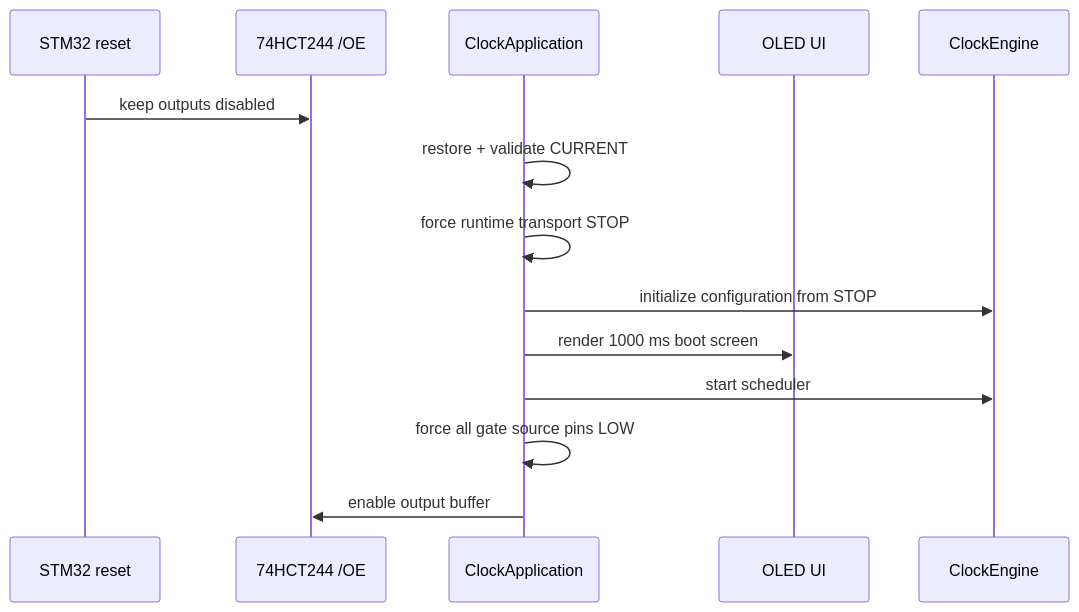
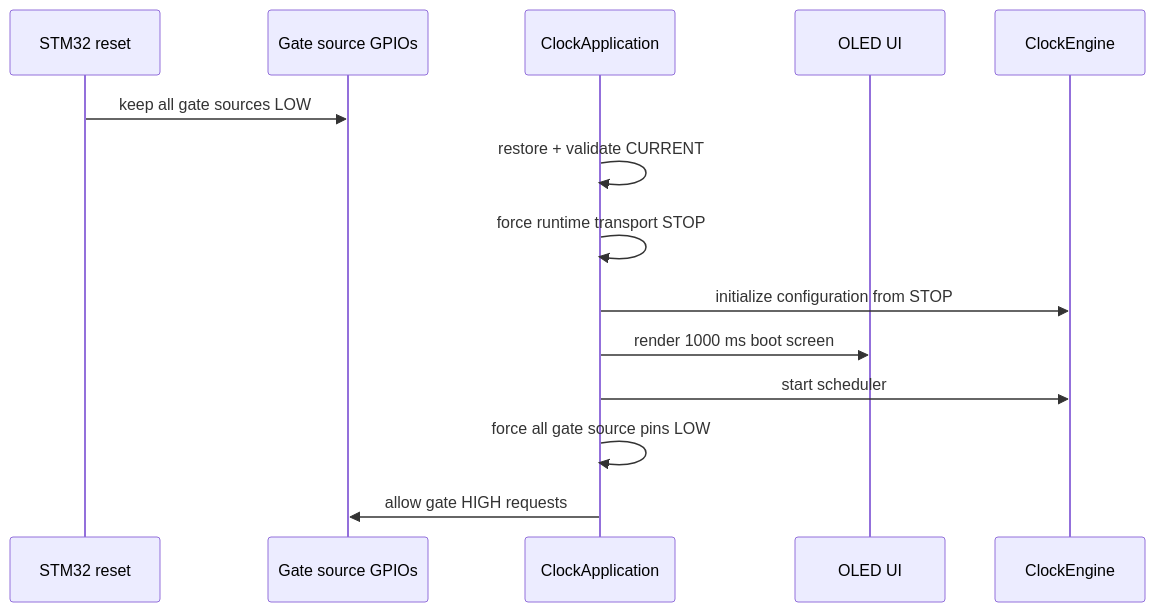
Before and after one commit to napolitano/eurorack-clock-firmware: the third of 7 diagrams in docs/ARCHITECTURE.md, drawn with Mermaid. The commit also changed other lines of this file and 58 other files, not shown here.

````diff
--- a/docs/ARCHITECTURE.md
+++ b/docs/ARCHITECTURE.md
@@ -80,16 +80,16 @@
 ```mermaid
 sequenceDiagram
     participant MCU as STM32 reset
-    participant OUT as 74HCT244 /OE
+    participant OUT as Gate source GPIOs
     participant APP as ClockApplication
     participant UI as OLED UI
     participant ENG as ClockEngine
-    MCU->>OUT: keep outputs disabled
+    MCU->>OUT: keep all gate sources LOW
     APP->>APP: restore + validate CURRENT
     APP->>APP: force runtime transport STOP
     APP->>ENG: initialize configuration from STOP
     APP->>UI: render 1000 ms boot screen
     APP->>ENG: start scheduler
     APP->>APP: force all gate source pins LOW
-    APP->>OUT: enable output buffer
+    APP->>OUT: allow gate HIGH requests
 ```
````
